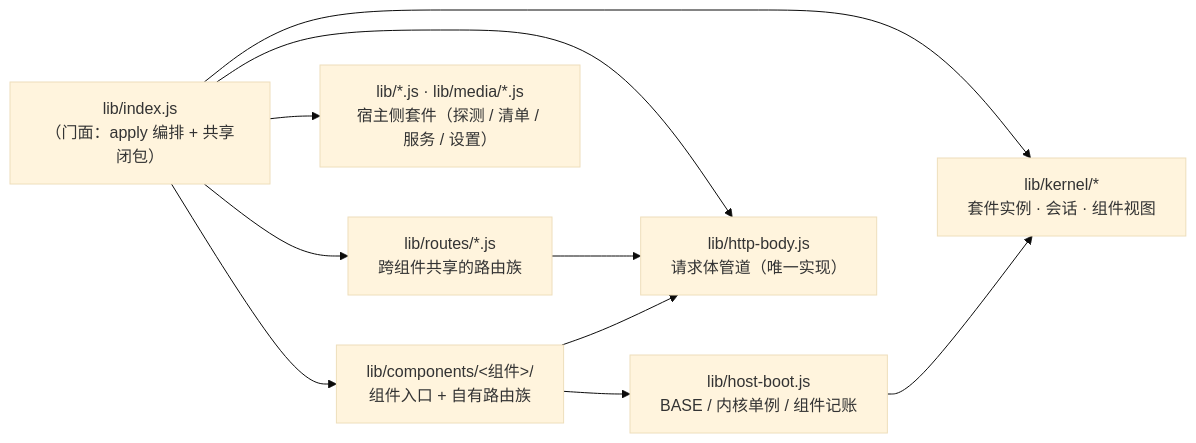
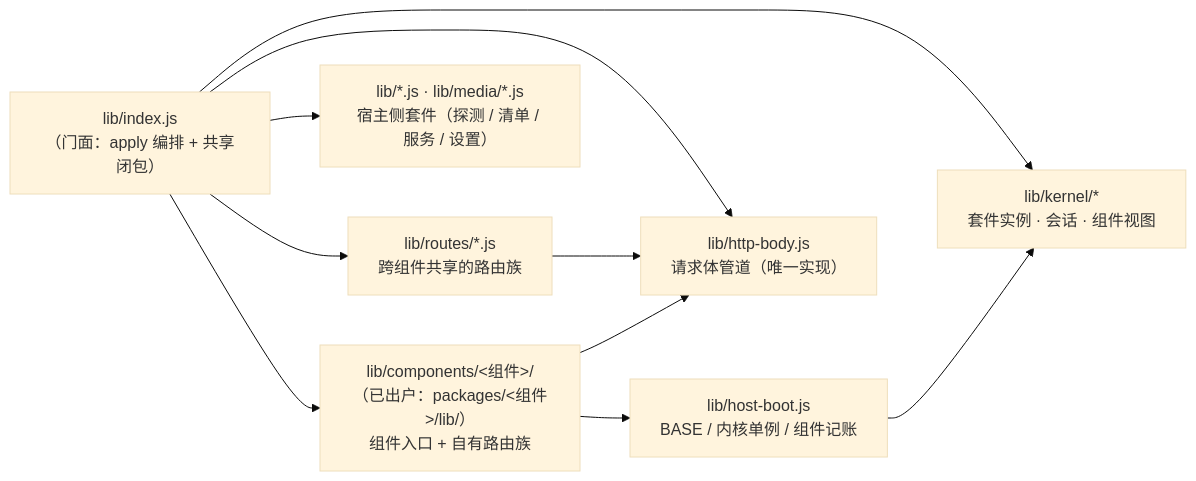
Before and after one commit to AuroraAeon/dsh-wallpaper-engine: the second of 5 diagrams in docs/CODE-STRUCTURE.md, drawn with Mermaid (base theme). The commit also changed other lines of this file and 31 other files, not shown here.

````diff
--- a/docs/CODE-STRUCTURE.md
+++ b/docs/CODE-STRUCTURE.md
@@ -136,15 +136,15 @@
 ```mermaid
 graph LR
     IDX["lib/index.js<br/>（门面：apply 编排 + 共享闭包）"]
     BOOT["lib/host-boot.js<br/>BASE / 内核单例 / 组件记账"]
     KN["lib/kernel/*<br/>套件实例 · 会话 · 组件视图"]
     IDX --> R["lib/routes/*.js<br/>跨组件共享的路由族"]
-    IDX --> C["lib/components/&lt;组件&gt;/<br/>组件入口 + 自有路由族"]
+    IDX --> C["lib/components/&lt;组件&gt;/<br/>（已出户：packages/&lt;组件&gt;/lib/）<br/>组件入口 + 自有路由族"]
     IDX --> KN
     BOOT --> KN
     C --> BOOT
     IDX --> K["lib/*.js · lib/media/*.js<br/>宿主侧套件（探测 / 清单 / 服务 / 设置）"]
     IDX --> H["lib/http-body.js<br/>请求体管道（唯一实现）"]
     R --> H
     C --> H
 ```
````
